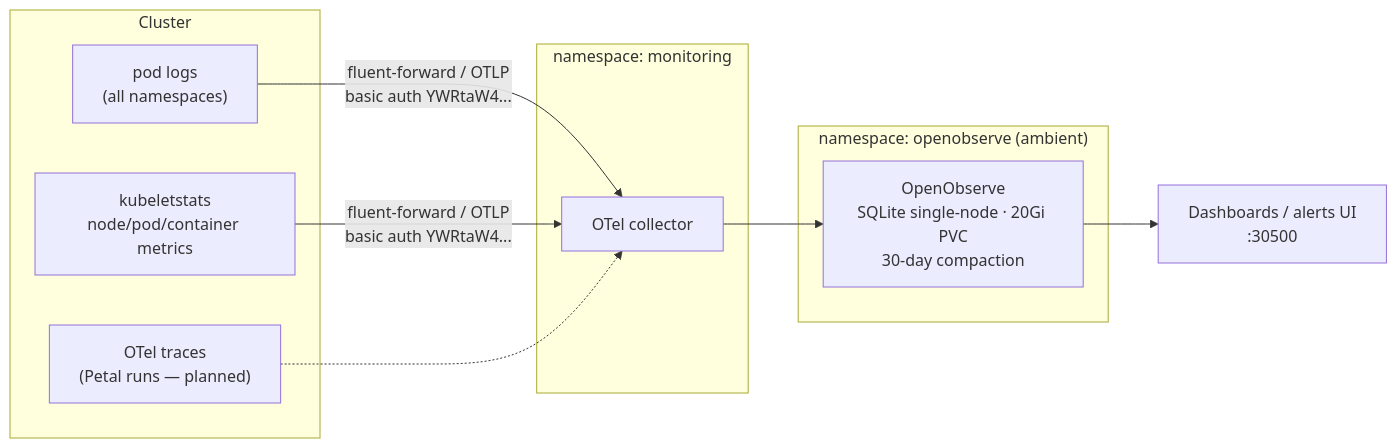
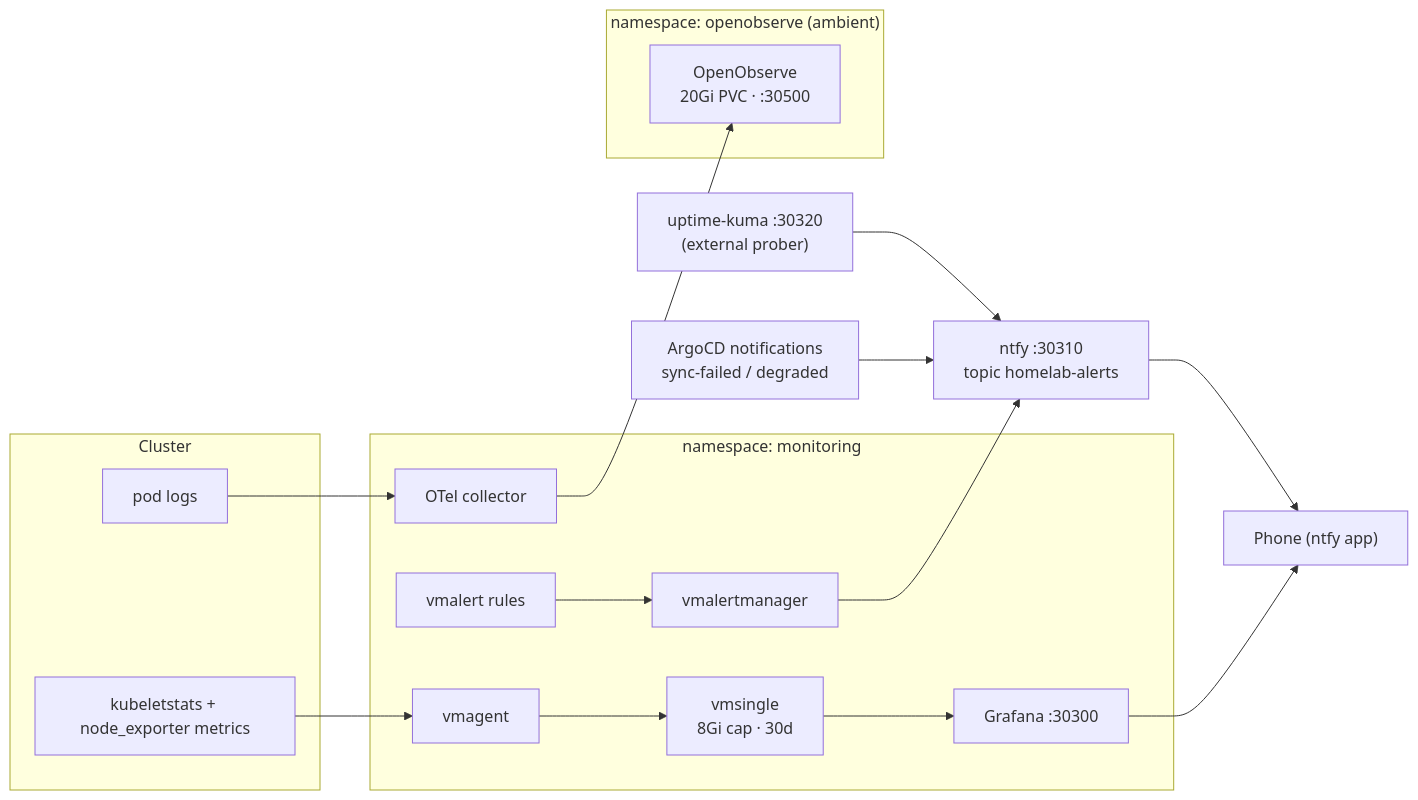
One commit to Blacklotus89898/Homelab changed the sixth of 8 diagrams in docs/architecture.md. Above: the diagram before and after it, drawn with Mermaid. The commit also changed other lines of this file, not shown here.

Commit message:
docs(architecture): reflect VM alerting stack, authentik GitOps adoption, full NodePort map
- Observability: replace stale 'alerts still TODO' with the real pipeline
  (vmalert -> vmalertmanager -> ntfy homelab-alerts, uptime-kuma, ArgoCD
  notifications) and a corrected mermaid
- cluster overview: monitoring ns now shows the VictoriaMetrics stack,
  ntfy and uptime-kuma, not just the OTel collector
- authentik relabeled from '(existing, not GitOps)' to GitOps-adopted
  2026-10-01
- traffic diagram: add paperless 30070, Grafana 30300, ntfy 30310,
  uptime-kuma 30320

````diff
--- a/docs/architecture.md
+++ b/docs/architecture.md
@@ -216,19 +223,27 @@
 ```mermaid
 flowchart LR
   subgraph sources["Cluster"]
-    PODS["pod logs<br/>(all namespaces)"]
-    KUBE["kubeletstats<br/>node/pod/container metrics"]
-    FUTURE["OTel traces<br/>(Petal runs — planned)"]
+    PODS["pod logs"]
+    KUBE["kubeletstats + node_exporter metrics"]
   end
   subgraph mon["namespace: monitoring"]
     COLL["OTel collector"]
+    VMA["vmagent"] --> VMS["vmsingle<br/>8Gi cap · 30d"]
+    VMS --> GRAF["Grafana :30300"]
+    VMAL["vmalert rules"] --> VMM["vmalertmanager"]
   end
   subgraph oons["namespace: openobserve (ambient)"]
-    OO["OpenObserve<br/>SQLite single-node · 20Gi PVC<br/>30-day compaction"]
+    OO["OpenObserve<br/>20Gi PVC · :30500"]
   end
-  USER2["Dashboards / alerts UI<br/>:30500"]
-  PODS & KUBE -->|"fluent-forward / OTLP<br/>basic auth YWRtaW4..."| COLL
-  COLL --> OO
-  FUTURE -.-> COLL
-  OO --> USER2
+  NTFY["ntfy :30310<br/>topic homelab-alerts"]
+  KUMA["uptime-kuma :30320<br/>(external prober)"]
+  ARGN["ArgoCD notifications<br/>sync-failed / degraded"]
+  PHONE["Phone (ntfy app)"]
+  PODS --> COLL --> OO
+  KUBE --> VMA
+  VMM --> NTFY
+  KUMA --> NTFY
+  ARGN --> NTFY
+  NTFY --> PHONE
+  GRAF --> PHONE
 ```
````
